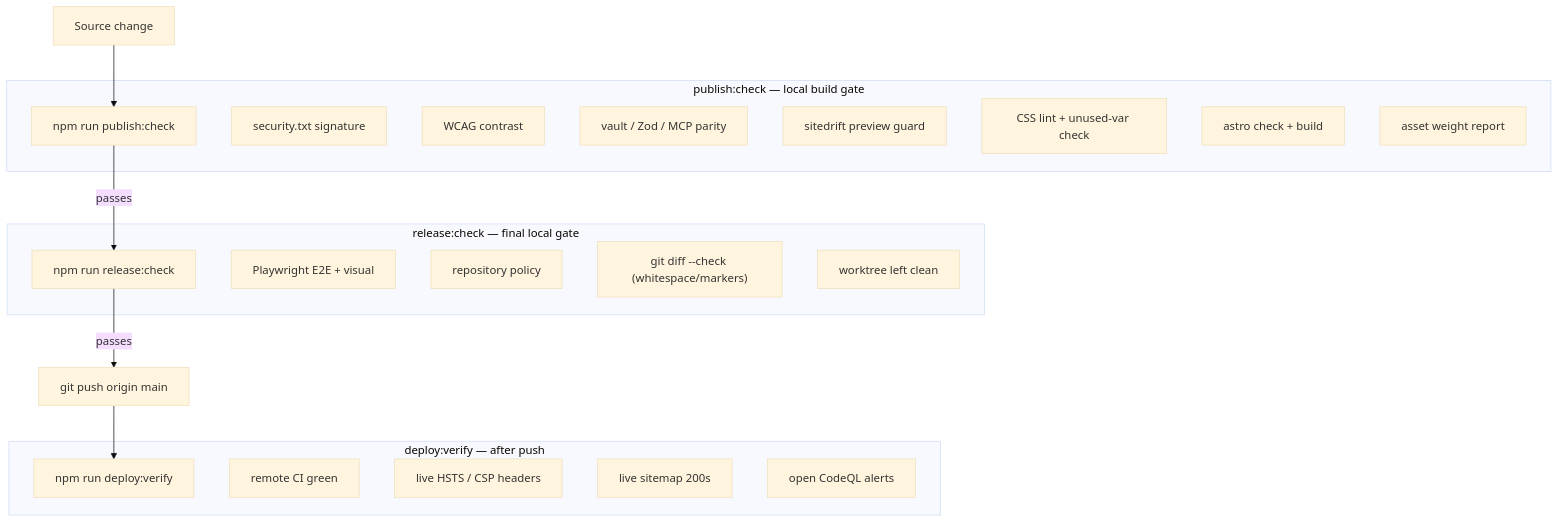
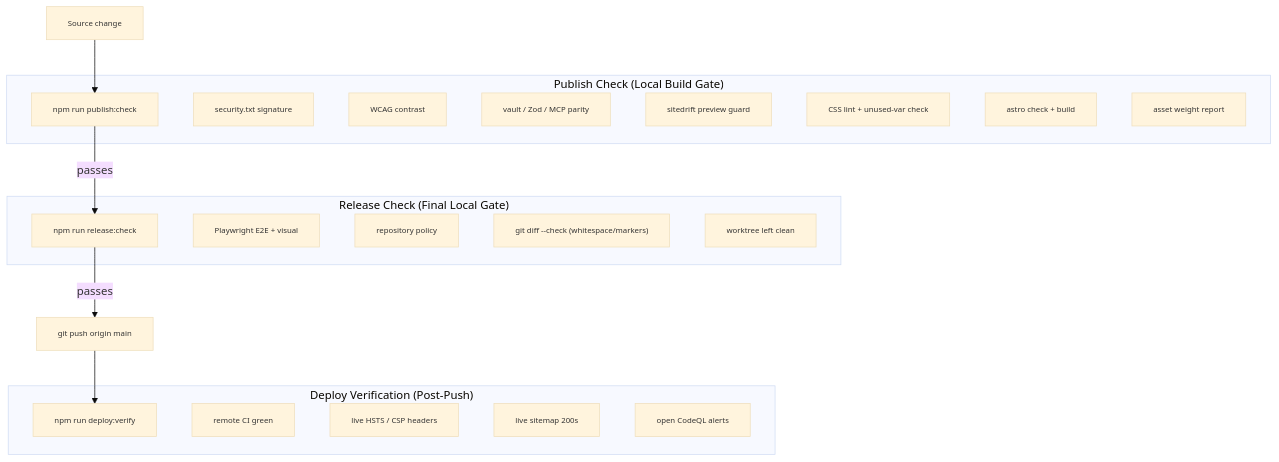
Before and after one commit to joeseverino/jseverino.com: the diagram in tests/ARCHITECTURE.md, drawn with Mermaid (base theme). The commit also changed 6 other files, not shown here.

First line of the commit message:
doc: restore stable graph syntax and apply font-size scaling to Mermaid

````diff
--- a/tests/ARCHITECTURE.md
+++ b/tests/ARCHITECTURE.md
@@ -28,34 +28,36 @@
 ```mermaid
 graph TD
-    A["Source change  "] --> B
+    A["Source change"] --> B
     B -->|passes| C
-    C -->|passes| D["git push origin main  "]
+    C -->|passes| D["git push origin main"]
     D --> E
 
-    subgraph publish ["publish:check — local build gate  "]
-        B["npm run publish:check  "]
-        B1["security.txt signature  "]
-        B2["WCAG contrast  "]
-        B3["vault / Zod / MCP parity  "]
-        B4["sitedrift preview guard  "]
-        B5["CSS lint + unused-var check  "]
-        B6["astro check + build  "]
-        B7["asset weight report  "]
+    subgraph publish ["Publish Check (Local Build Gate)"]
+        B["npm run publish:check"]
+        B1["security.txt signature"]
+        B2["WCAG contrast"]
+        B3["vault / Zod / MCP parity"]
+        B4["sitedrift preview guard"]
+        B5["CSS lint + unused-var check"]
+        B6["astro check + build"]
+        B7["asset weight report"]
     end
 
-    subgraph release ["release:check — final local gate  "]
-        C["npm run release:check  "]
-        C1["Playwright E2E + visual  "]
-        C2["repository policy  "]
-        C3["git diff --check (whitespace/markers)  "]
-        C4["worktree left clean  "]
+    subgraph release ["Release Check (Final Local Gate)"]
+        C["npm run release:check"]
+        C1["Playwright E2E + visual"]
+        C2["repository policy"]
+        C3["git diff --check (whitespace/markers)"]
+        C4["worktree left clean"]
     end
 
-    subgraph deploy ["deploy:verify — after push  "]
-        E["npm run deploy:verify  "]
-        E1["remote CI green  "]
-        E2["live HSTS / CSP headers  "]
-        E3["live sitemap 200s  "]
-        E4["open CodeQL alerts  "]
+    subgraph deploy ["Deploy Verification (Post-Push)"]
+        E["npm run deploy:verify"]
+        E1["remote CI green"]
+        E2["live HSTS / CSP headers"]
+        E3["live sitemap 200s"]
+        E4["open CodeQL alerts"]
     end
+
+    classDef default font-size:11px;
 ```
````
